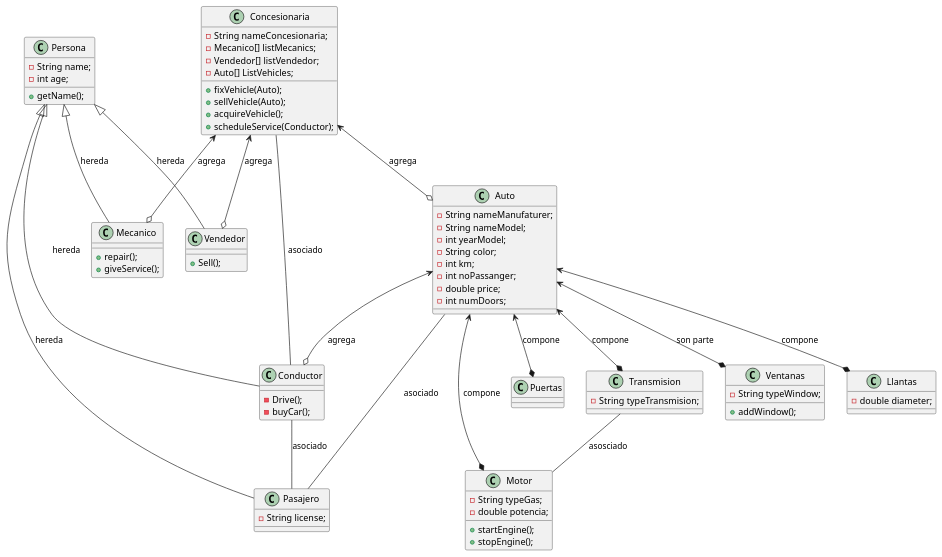
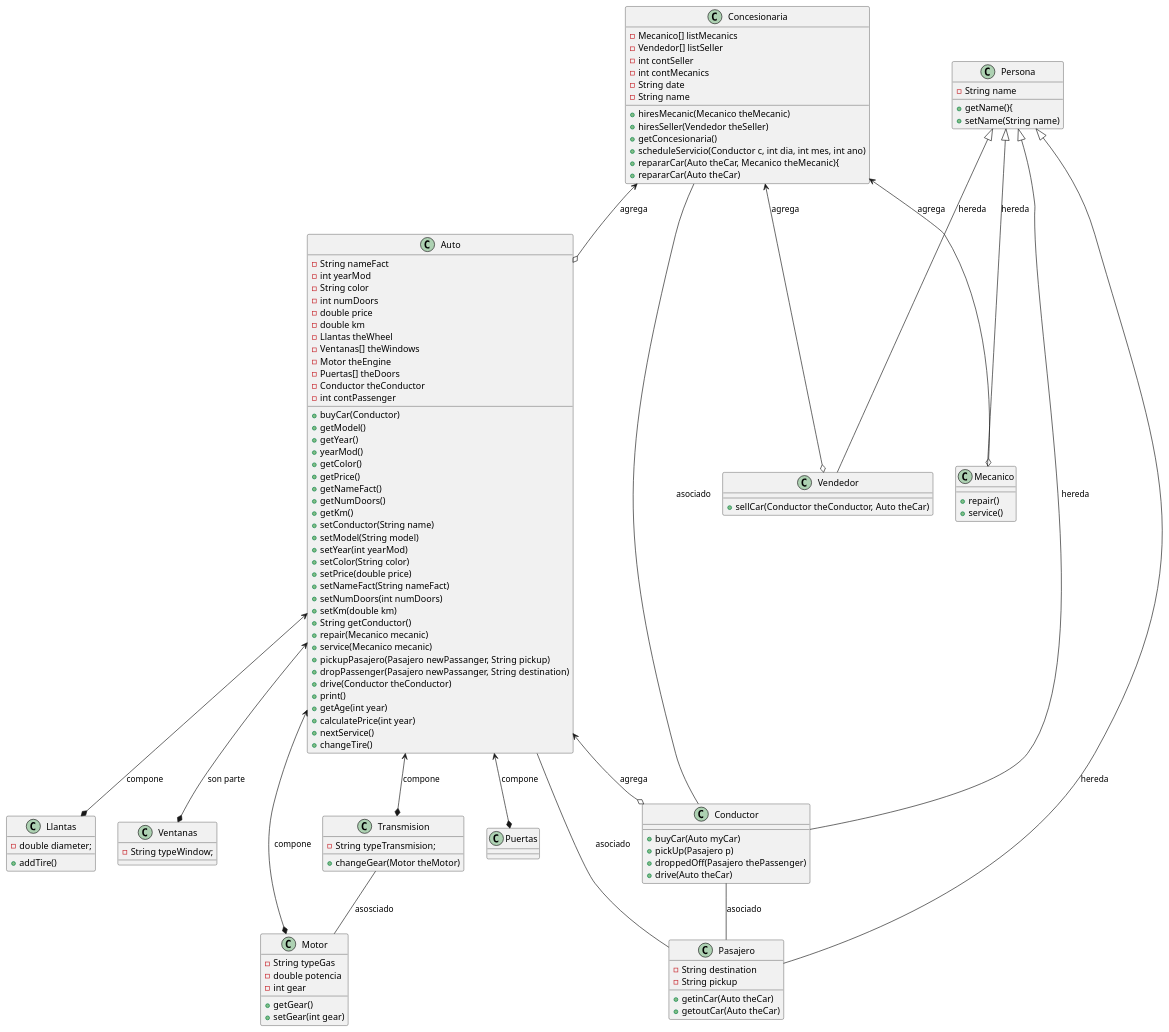
One commit to CarlaPerezGavilan/Hola changed the diagram in Tareas/A3.1Vehiculos/tst.puml. Above: the diagram before and after it, drawn with PlantUML. The commit also changed 26 other files, not shown here.

```diff
--- a/Tareas/A3.1Vehiculos/tst.puml
+++ b/Tareas/A3.1Vehiculos/tst.puml
@@ -1,84 +1,126 @@
 @startuml
 class Auto{
-    -String nameManufaturer;
-    -String nameModel;
-    -int yearModel;
-    -String color;
-    -int km;
-    -int noPassanger;
-    -double price;
-    -int numDoors;
-}
-
-class Puertas{
+    -String nameFact
+    -int yearMod
+    -String color
+    -int numDoors
+    -double price
+    -double km
+    -Llantas theWheel
+    -Ventanas[] theWindows
+    -Motor theEngine
+    -Puertas[] theDoors
+    -Conductor theConductor
+    -int contPassenger
+    +buyCar(Conductor)
+    +getModel()
+    +getYear()
+    +yearMod()
+    + getColor()
+    + getPrice()
+    +getNameFact()
+    + getNumDoors()
+    + getKm()
+    +setConductor(String name)
+    +setModel(String model)
+    +setYear(int yearMod)
+    +setColor(String color)
+    +setPrice(double price)
+    +setNameFact(String nameFact)
+    +setNumDoors(int numDoors)
+    +setKm(double km)
+    +String getConductor()
+    +repair(Mecanico mecanic)
+    +service(Mecanico mecanic)
+    +pickupPasajero(Pasajero newPassanger, String pickup)
+    +dropPassenger(Pasajero newPassanger, String destination)
+    +drive(Conductor theConductor)
+    +print()
+    +getAge(int year)
+    +calculatePrice(int year)
+    +nextService()
+    +changeTire()
 }
 
 class Transmision{
     -String typeTransmision;
+    +changeGear(Motor theMotor)
 }
 
 class Ventanas{
     -String typeWindow;
-    +addWindow();
 }
 class Llantas{
     -double diameter;
+    +addTire()
 }
 
 class Motor{
-    -String typeGas;
-    -double potencia;
-    +startEngine();
-    +stopEngine();
+    -String typeGas
+    -double potencia
+    -int gear
+    +getGear()
+    +setGear(int gear)
+    
 }
 class Concesionaria{
-    -String nameConcesionaria;
-    -Mecanico[] listMecanics;
-    -Vendedor[] listVendedor;
-    -Auto[] ListVehicles;
-    +fixVehicle(Auto);
-    +sellVehicle(Auto);
-    +acquireVehicle();
-    +scheduleService(Conductor);
+    -Mecanico[] listMecanics
+    -Vendedor[] listSeller
+    -int contSeller
+    -int contMecanics
+    -String date 
+    -String name
+    +hiresMecanic(Mecanico theMecanic)
+    +hiresSeller(Vendedor theSeller)
+    +getConcesionaria()
+    +scheduleServicio(Conductor c, int dia, int mes, int ano)
+    +repararCar(Auto theCar, Mecanico theMecanic){
+    +repararCar(Auto theCar)
+    }
+
+class Mecanico{
+    +repair()
+    +service()
+}
+class Vendedor{
+    +sellCar(Conductor theConductor, Auto theCar)
+}
+class Conductor{
+   +buyCar(Auto myCar)
+   +pickUp(Pasajero p)
+   +droppedOff(Pasajero thePassenger)
+   +drive(Auto theCar)
+}
+class Pasajero{
+    -String destination
+    -String pickup
+    +getinCar(Auto theCar)
+    +getoutCar(Auto theCar)
+}
+class Persona{
+    -String name 
+    +getName(){
+    +setName(String name)
 }
 
-class Mecanico{
-    +repair();
-    +giveService();
-}
-class Vendedor{
-    +Sell();
-}
-class Conductor{
-    -Drive();
-    -buyCar();
-}
-class Pasajero{
-    -String license;
-}
-class Persona{
-    -String name;
-    -int age;
-    +getName();
-}
 Auto <--* Ventanas: son parte
 Auto <--* Motor: compone
 Auto <--* Puertas: compone
 Auto <--* Llantas: compone
 Auto <--* Transmision:compone
 
 Persona <|-- Pasajero: hereda
 Persona <|-- Mecanico: hereda
 Persona <|-- Vendedor: hereda
 Persona <|-- Conductor: hereda
 
 Concesionaria <--o Mecanico: agrega
 Concesionaria <--o Vendedor: agrega
 Concesionaria <--o Auto: agrega
 Auto <--o Conductor: agrega
 
 Transmision--Motor: asosciado
 Conductor--Pasajero: asociado
 Auto--Pasajero: asociado
 Concesionaria--Conductor: asociado
 @enduml
```
